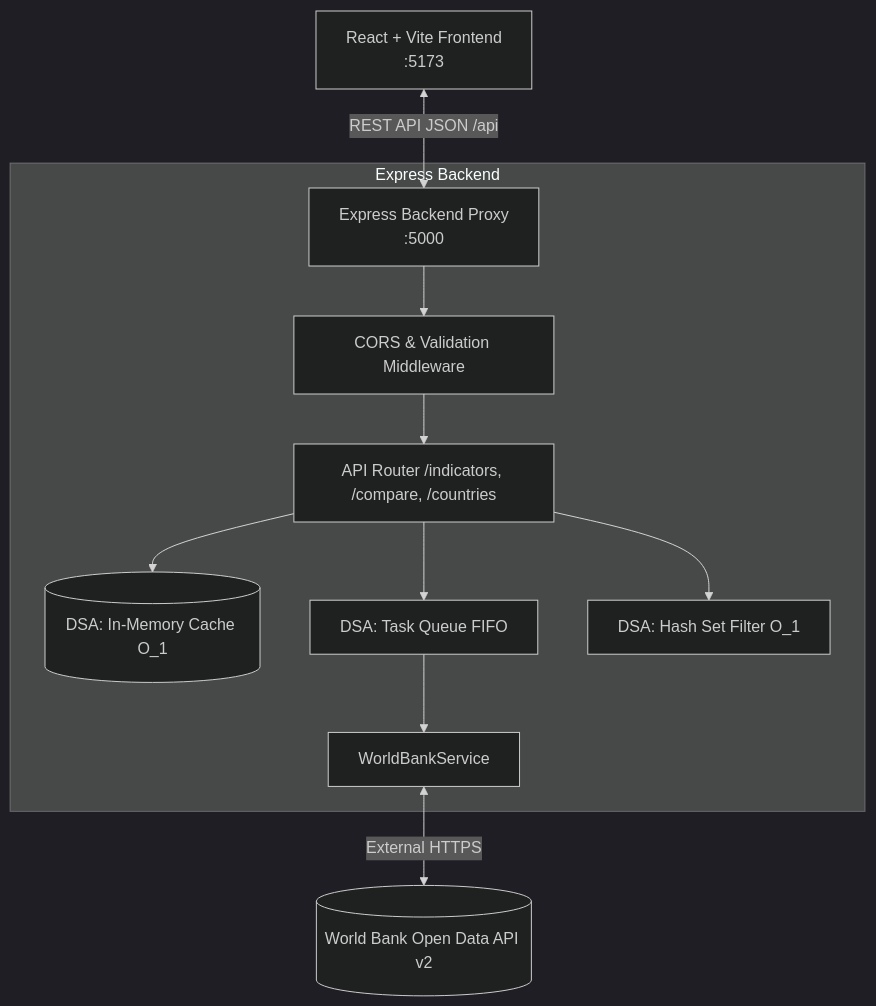
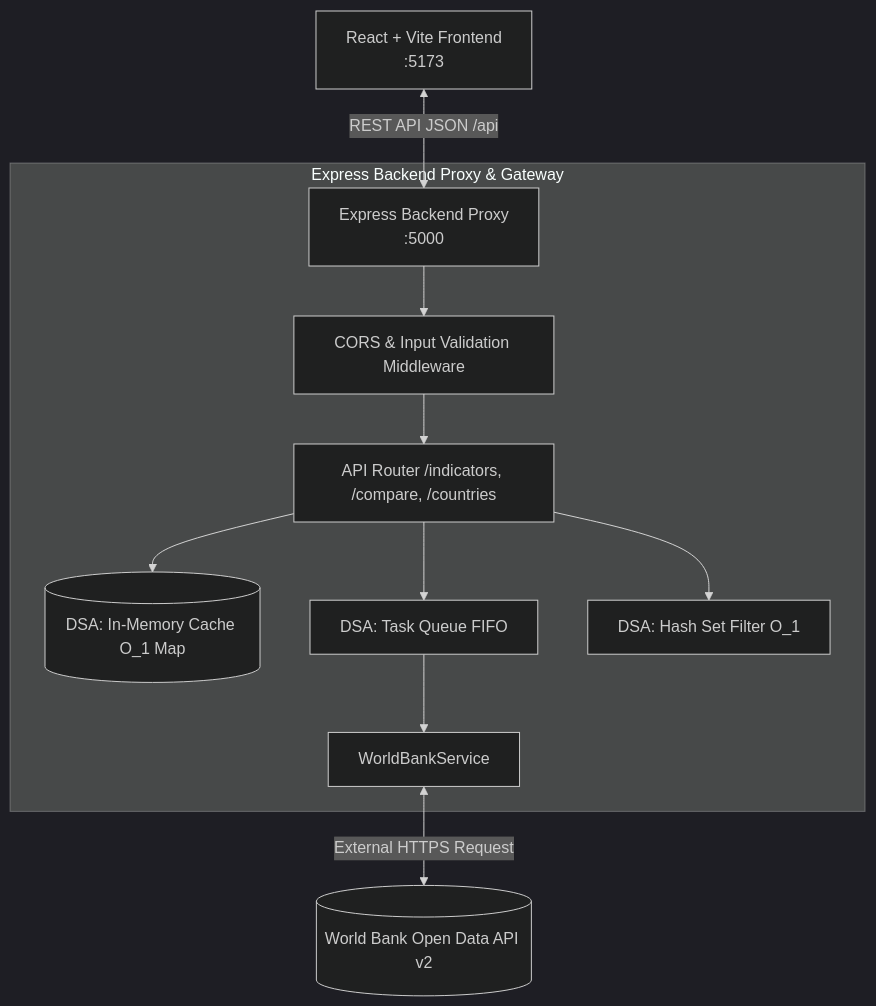
The first of 2 diagrams in README.md (Apirak001/ZoneZet-Version-2), drawn with Mermaid (dark theme) before and after one commit. The commit also changed other lines of this file and 18 other files, not shown here.

````diff
--- a/README.md
+++ b/README.md
@@ -35,15 +44,15 @@
 ```mermaid
 graph TD
     Client[React + Vite Frontend\n:5173] <-->|REST API JSON /api| ExpressServer[Express Backend Proxy\n:5000]
     
-    subgraph Express Backend
-        ExpressServer --> Middleware[CORS & Validation Middleware]
+    subgraph Express Backend Proxy & Gateway
+        ExpressServer --> Middleware[CORS & Input Validation Middleware]
         Middleware --> Router[API Router /indicators, /compare, /countries]
-        Router --> Cache[(DSA: In-Memory Cache O_1)]
+        Router --> Cache[(DSA: In-Memory Cache O_1 Map)]
         Router --> Queue[DSA: Task Queue FIFO]
         Router --> SetFilter[DSA: Hash Set Filter O_1]
         Queue --> WBService[WorldBankService]
     end
 
-    WBService <-->|External HTTPS| ExternalAPI[(World Bank Open Data API v2)]
+    WBService <-->|External HTTPS Request| ExternalAPI[(World Bank Open Data API v2)]
 ```
````
